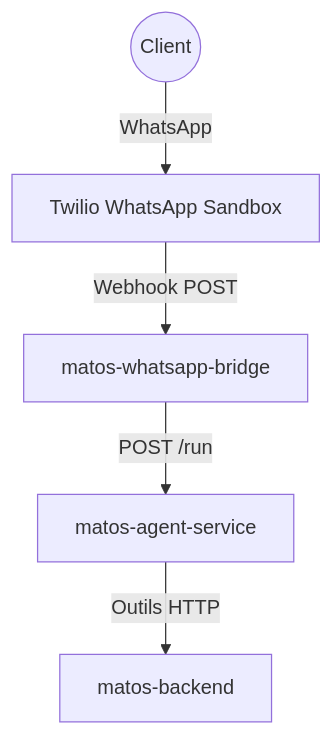
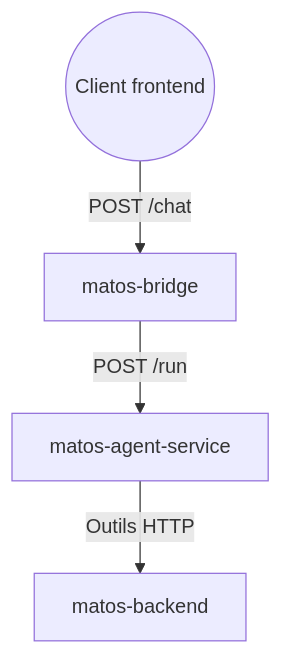
Before and after one commit to marcellintacite/ai-agent-with-adk: the diagram in codelab/docs/intro.md, drawn with Mermaid. The commit also changed other lines of this file and 16 other files, not shown here.

````diff
--- a/codelab/docs/intro.md
+++ b/codelab/docs/intro.md
@@ -105,7 +104,6 @@
 ```mermaid
 graph TD
-   User((Client)) -->|WhatsApp| Twilio[Twilio WhatsApp Sandbox]
-    Twilio -->|Webhook POST| Bridge[matos-whatsapp-bridge]
+   User((Client frontend)) -->|POST /chat| Bridge[matos-bridge]
     Bridge -->|POST /run| Agent[matos-agent-service]
    Agent -->|Outils HTTP| MatosAPI[matos-backend]
 ```
````
